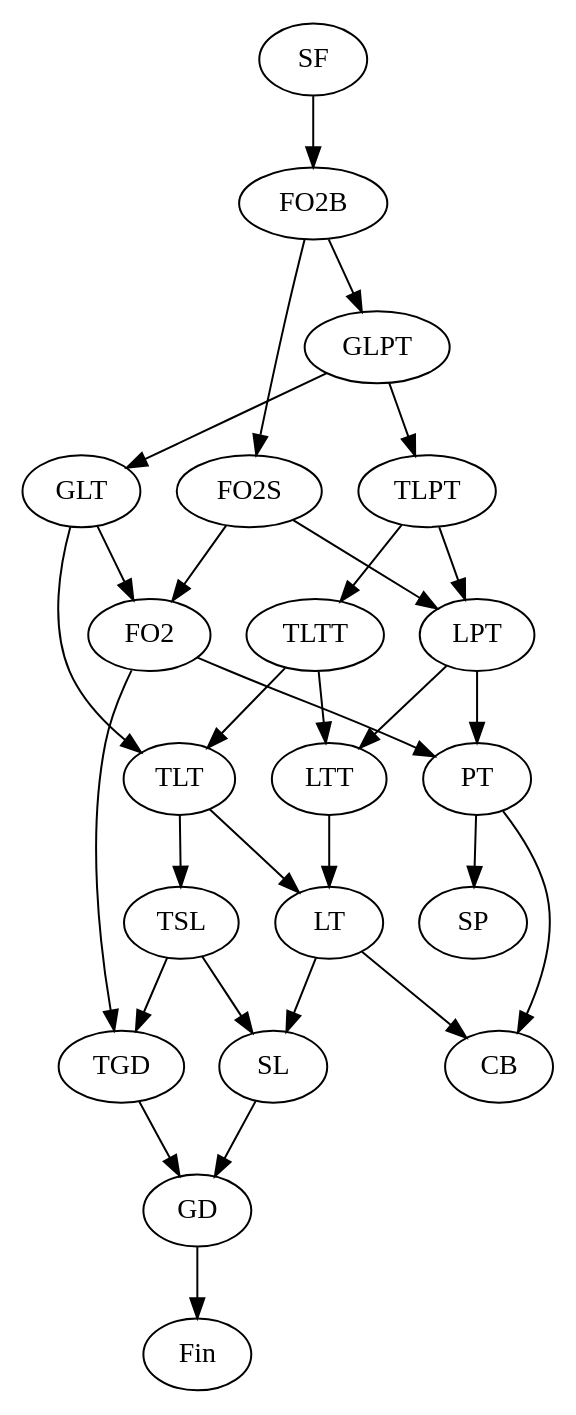
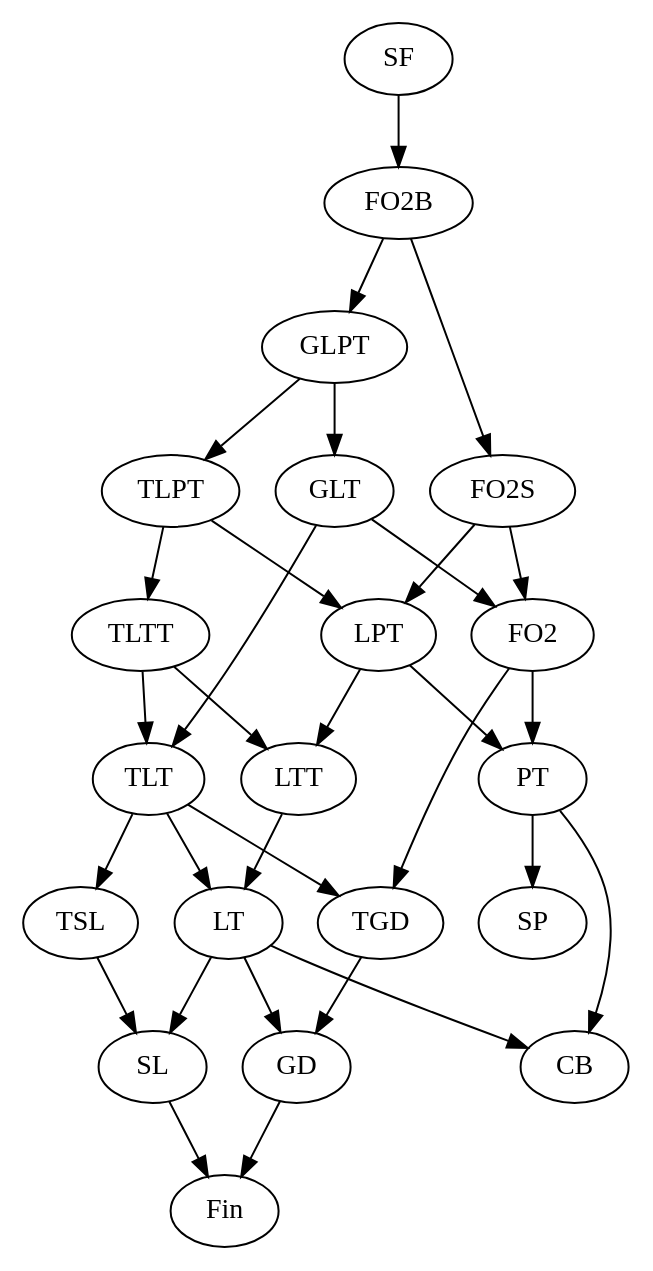
One commit to vvulpes0/Language-Toolkit-2 changed the diagram in hierarchy.dot. Above: the diagram before and after it, drawn with Graphviz.

Commit message:
GD is not below SL

```diff
--- a/hierarchy.dot
+++ b/hierarchy.dot
@@ -1,31 +1,32 @@
 digraph subreg {
 SF -> FO2B;
 FO2B -> FO2S;
 FO2S -> FO2;
 FO2 -> PT;
 PT -> SP;
 LTT -> LT;
 LT -> SL;
 TLTT -> LTT;
 TLTT -> TLT;
 TLT -> LT;
 TLT -> TSL;
 TSL -> SL;
 FO2B -> GLPT;
 GLPT -> GLT;
 GLT -> TLT;
 GLT -> FO2;
 FO2S -> LPT;
 LPT -> LTT;
 LPT -> PT;
 GLPT -> TLPT;
 TLPT -> TLTT;
 TLPT -> LPT;
-TSL -> TGD;
+TLT -> TGD;
 FO2 -> TGD;
+LT -> GD;
 TGD -> GD;
-SL -> GD;
+SL -> Fin;
 GD -> Fin;
 PT -> CB;
 LT -> CB;
 }
```
